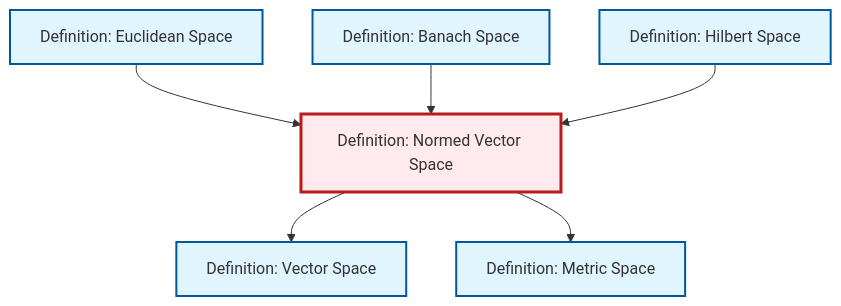
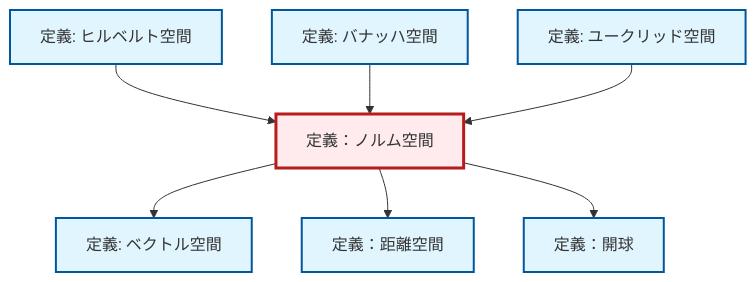
The diagram in content/ja/analysis/def-normed-vector-space.qmd (RK0429/ModernMath), drawn with Mermaid before and after one commit. The commit also changed 1069 other files, not shown here.

````diff
--- a/content/ja/analysis/def-normed-vector-space.qmd
+++ b/content/ja/analysis/def-normed-vector-space.qmd
@@ -133,26 +133,29 @@
 ```{mermaid}
 %%| fig-cap: "Local dependency graph"
 graph TD
     classDef definition fill:#e1f5fe,stroke:#01579b,stroke-width:2px
     classDef theorem fill:#f3e5f5,stroke:#4a148c,stroke-width:2px
     classDef axiom fill:#fff3e0,stroke:#e65100,stroke-width:2px
     classDef example fill:#e8f5e9,stroke:#1b5e20,stroke-width:2px
     classDef current fill:#ffebee,stroke:#b71c1c,stroke-width:3px
-    def-euclidean-space["Definition: Euclidean Space"]:::definition
-    def-hilbert-space["Definition: Hilbert Space"]:::definition
-    def-metric-space["Definition: Metric Space"]:::definition
-    def-normed-vector-space["Definition: Normed Vector Space"]:::definition
-    def-banach-space["Definition: Banach Space"]:::definition
-    def-vector-space["Definition: Vector Space"]:::definition
+    def-banach-space["定義: バナッハ空間"]:::definition
+    def-vector-space["定義: ベクトル空間"]:::definition
+    def-normed-vector-space["定義：ノルム空間"]:::definition
+    def-metric-space["定義：距離空間"]:::definition
+    def-hilbert-space["定義: ヒルベルト空間"]:::definition
+    def-open-ball["定義：開球"]:::definition
+    def-euclidean-space["定義: ユークリッド空間"]:::definition
+    def-hilbert-space --> def-normed-vector-space
+    def-normed-vector-space --> def-vector-space
+    def-banach-space --> def-normed-vector-space
+    def-normed-vector-space --> def-metric-space
     def-euclidean-space --> def-normed-vector-space
-    def-banach-space --> def-normed-vector-space
-    def-normed-vector-space --> def-vector-space
-    def-hilbert-space --> def-normed-vector-space
-    def-normed-vector-space --> def-metric-space
+    def-normed-vector-space --> def-open-ball
     class def-normed-vector-space current
-    click def-euclidean-space "def-euclidean-space.html" "Definition: Euclidean Spaceへ"
-    click def-hilbert-space "def-hilbert-space.html" "Definition: Hilbert Spaceへ"
-    click def-metric-space "def-metric-space.html" "Definition: Metric Spaceへ"
-    click def-banach-space "def-banach-space.html" "Definition: Banach Spaceへ"
-    click def-vector-space "def-vector-space.html" "Definition: Vector Spaceへ"
+    click def-banach-space "def-banach-space.html" "バナッハ空間の定義へ"
+    click def-vector-space "def-vector-space.html" "ベクトル空間の定義へ"
+    click def-metric-space "def-metric-space.html" "定義：距離空間へ"
+    click def-hilbert-space "def-hilbert-space.html" "ヒルベルト空間の定義へ"
+    click def-open-ball "def-open-ball.html" "定義：開球へ"
+    click def-euclidean-space "def-euclidean-space.html" "ユークリッド空間の定義へ"
 ```
````
